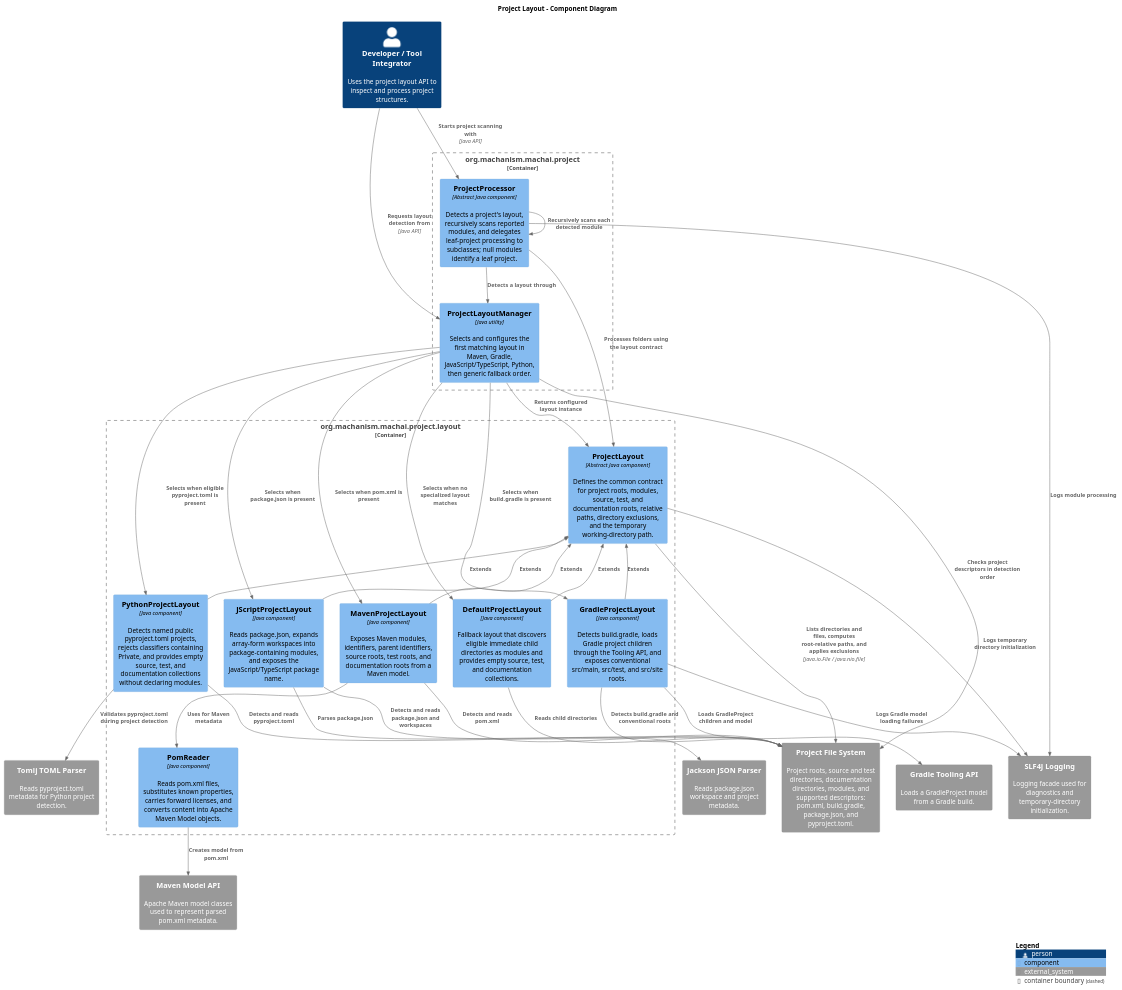
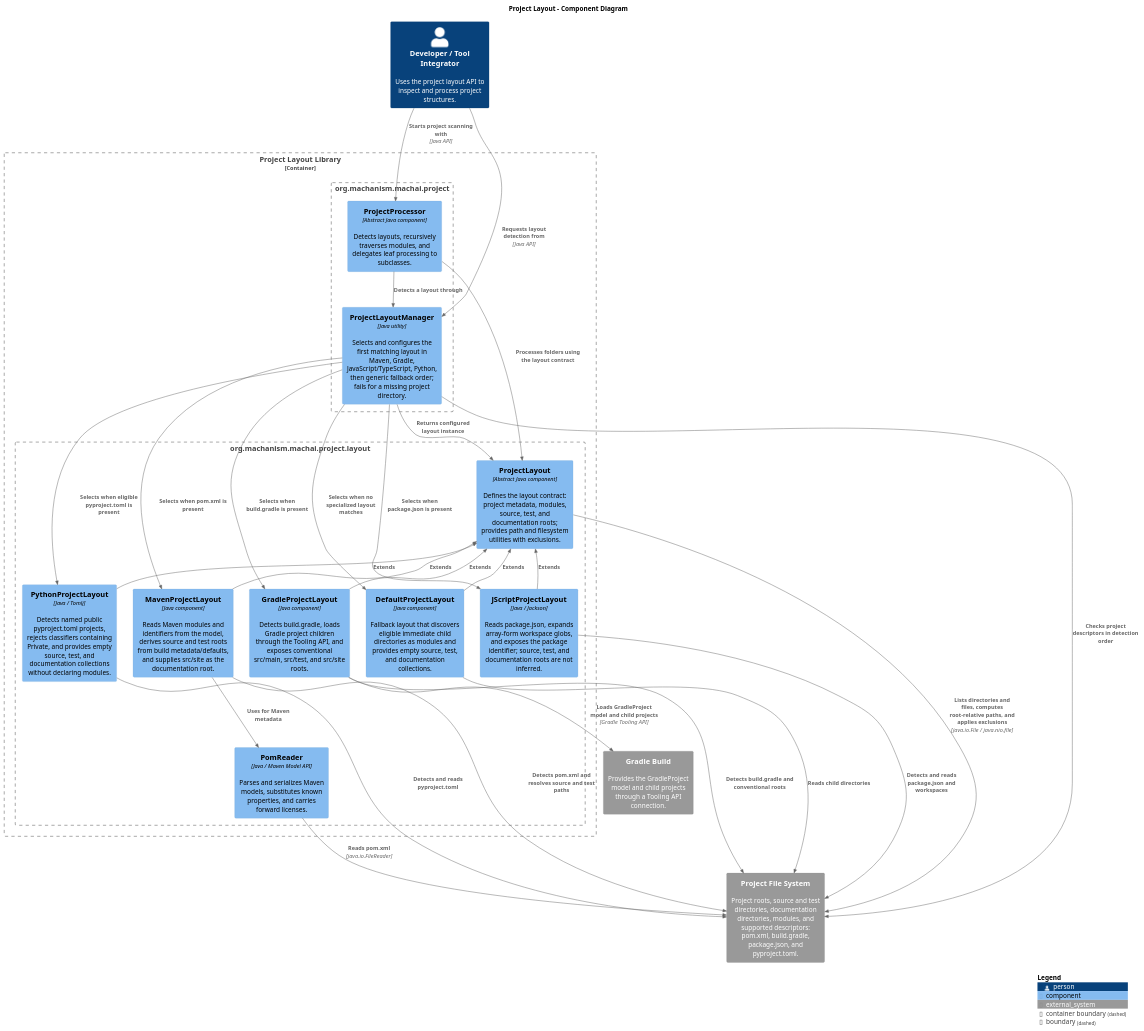
One commit to machanism-org/project-layout changed the diagram in src/site/puml/c4-diagram.puml. Above: the diagram before and after it, drawn with PlantUML.

Commit message:
docs: clarify project layout component diagram
Document the Project Layout library boundary and describe layout detection, project traversal, supported descriptors, source and test roots, and metadata parsing responsibilities.

```diff
--- a/src/site/puml/c4-diagram.puml
+++ b/src/site/puml/c4-diagram.puml
@@ -10,68 +10,60 @@
 @startuml ProjectLayoutComponentDiagram
 !include <C4/C4_Component>
 
 LAYOUT_TOP_DOWN()
 
 title Project Layout - Component Diagram
 
 Person(developer, "Developer / Tool Integrator", "Uses the project layout API to inspect and process project structures.")
 
 System_Ext(projectFiles, "Project File System", "Project roots, source and test directories, documentation directories, modules, and supported descriptors: pom.xml, build.gradle, package.json, and pyproject.toml.")
-System_Ext(mavenModel, "Maven Model API", "Apache Maven model classes used to represent parsed pom.xml metadata.")
-System_Ext(gradleTooling, "Gradle Tooling API", "Loads a GradleProject model from a Gradle build.")
-System_Ext(jsonParser, "Jackson JSON Parser", "Reads package.json workspace and project metadata.")
-System_Ext(tomlParser, "Tomlj TOML Parser", "Reads pyproject.toml metadata for Python project detection.")
-System_Ext(logging, "SLF4J Logging", "Logging facade used for diagnostics and temporary-directory initialization.")
+System_Ext(gradleBuild, "Gradle Build", "Provides the GradleProject model and child projects through a Tooling API connection.")
 
-Container_Boundary(projectCore, "org.machanism.machai.project") {
-    Component(projectProcessor, "ProjectProcessor", "Abstract Java component", "Detects a project's layout, recursively scans reported modules, and delegates leaf-project processing to subclasses; null modules identify a leaf project.")
-    Component(projectLayoutManager, "ProjectLayoutManager", "Java utility", "Selects and configures the first matching layout in Maven, Gradle, JavaScript/TypeScript, Python, then generic fallback order.")
+Container_Boundary(projectLibrary, "Project Layout Library") {
+Boundary(projectCore, "org.machanism.machai.project") {
+    Component(projectProcessor, "ProjectProcessor", "Abstract Java component", "Detects layouts, recursively traverses modules, and delegates leaf processing to subclasses.")
+    Component(projectLayoutManager, "ProjectLayoutManager", "Java utility", "Selects and configures the first matching layout in Maven, Gradle, JavaScript/TypeScript, Python, then generic fallback order; fails for a missing project directory.")
 }
 
-Container_Boundary(layoutComponents, "org.machanism.machai.project.layout") {
-    Component(projectLayout, "ProjectLayout", "Abstract Java component", "Defines the common contract for project roots, modules, source, test, and documentation roots, relative paths, directory exclusions, and the temporary working-directory path.")
+Boundary(layoutComponents, "org.machanism.machai.project.layout") {
+    Component(projectLayout, "ProjectLayout", "Abstract Java component", "Defines the layout contract: project metadata, modules, source, test, and documentation roots; provides path and filesystem utilities with exclusions.")
     Component(defaultLayout, "DefaultProjectLayout", "Java component", "Fallback layout that discovers eligible immediate child directories as modules and provides empty source, test, and documentation collections.")
-    Component(mavenLayout, "MavenProjectLayout", "Java component", "Exposes Maven modules, identifiers, parent identifiers, source roots, test roots, and documentation roots from a Maven model.")
+    Component(mavenLayout, "MavenProjectLayout", "Java component", "Reads Maven modules and identifiers from the model, derives source and test roots from build metadata/defaults, and supplies src/site as the documentation root.")
     Component(gradleLayout, "GradleProjectLayout", "Java component", "Detects build.gradle, loads Gradle project children through the Tooling API, and exposes conventional src/main, src/test, and src/site roots.")
-    Component(jsLayout, "JScriptProjectLayout", "Java component", "Reads package.json, expands array-form workspaces into package-containing modules, and exposes the JavaScript/TypeScript package name.")
-    Component(pythonLayout, "PythonProjectLayout", "Java component", "Detects named public pyproject.toml projects, rejects classifiers containing Private, and provides empty source, test, and documentation collections without declaring modules.")
-    Component(pomReader, "PomReader", "Java component", "Reads pom.xml files, substitutes known properties, carries forward licenses, and converts content into Apache Maven Model objects.")
+    Component(jsLayout, "JScriptProjectLayout", "Java / Jackson", "Reads package.json, expands array-form workspace globs, and exposes the package identifier; source, test, and documentation roots are not inferred.")
+    Component(pythonLayout, "PythonProjectLayout", "Java / Tomlj", "Detects named public pyproject.toml projects, rejects classifiers containing Private, and provides empty source, test, and documentation collections without declaring modules.")
+    Component(pomReader, "PomReader", "Java / Maven Model API", "Parses and serializes Maven models, substitutes known properties, and carries forward licenses.")
+}
 }
 
 Rel(developer, projectProcessor, "Starts project scanning with", "Java API")
 Rel(developer, projectLayoutManager, "Requests layout detection from", "Java API")
 
 Rel(projectProcessor, projectLayoutManager, "Detects a layout through")
 Rel(projectProcessor, projectLayout, "Processes folders using the layout contract")
-Rel(projectProcessor, projectProcessor, "Recursively scans each detected module")
 Rel(projectLayoutManager, projectFiles, "Checks project descriptors in detection order")
 Rel(projectLayoutManager, projectLayout, "Returns configured layout instance")
 Rel(projectLayoutManager, mavenLayout, "Selects when pom.xml is present")
 Rel(projectLayoutManager, gradleLayout, "Selects when build.gradle is present")
 Rel(projectLayoutManager, jsLayout, "Selects when package.json is present")
 Rel(projectLayoutManager, pythonLayout, "Selects when eligible pyproject.toml is present")
 Rel(projectLayoutManager, defaultLayout, "Selects when no specialized layout matches")
 
 Rel_U(defaultLayout, projectLayout, "Extends")
 Rel_U(mavenLayout, projectLayout, "Extends")
 Rel_U(gradleLayout, projectLayout, "Extends")
 Rel_U(jsLayout, projectLayout, "Extends")
 Rel_U(pythonLayout, projectLayout, "Extends")
 
 Rel(projectLayout, projectFiles, "Lists directories and files, computes root-relative paths, and applies exclusions", "java.io.File / java.nio.file")
 Rel(defaultLayout, projectFiles, "Reads child directories")
-Rel(mavenLayout, projectFiles, "Detects and reads pom.xml")
+Rel(mavenLayout, projectFiles, "Detects pom.xml and resolves source and test paths")
 Rel(mavenLayout, pomReader, "Uses for Maven metadata")
-Rel(pomReader, mavenModel, "Creates model from pom.xml")
+Rel(pomReader, projectFiles, "Reads pom.xml", "java.io.FileReader")
 Rel(gradleLayout, projectFiles, "Detects build.gradle and conventional roots")
-Rel(gradleLayout, gradleTooling, "Loads GradleProject children and model")
-Rel(gradleLayout, logging, "Logs Gradle model loading failures")
+Rel(gradleLayout, gradleBuild, "Loads GradleProject model and child projects", "Gradle Tooling API")
 Rel(jsLayout, projectFiles, "Detects and reads package.json and workspaces")
-Rel(jsLayout, jsonParser, "Parses package.json")
 Rel(pythonLayout, projectFiles, "Detects and reads pyproject.toml")
-Rel(pythonLayout, tomlParser, "Validates pyproject.toml during project detection")
-Rel(projectProcessor, logging, "Logs module processing")
-Rel(projectLayout, logging, "Logs temporary directory initialization")
 
 SHOW_LEGEND()
 @enduml
```
